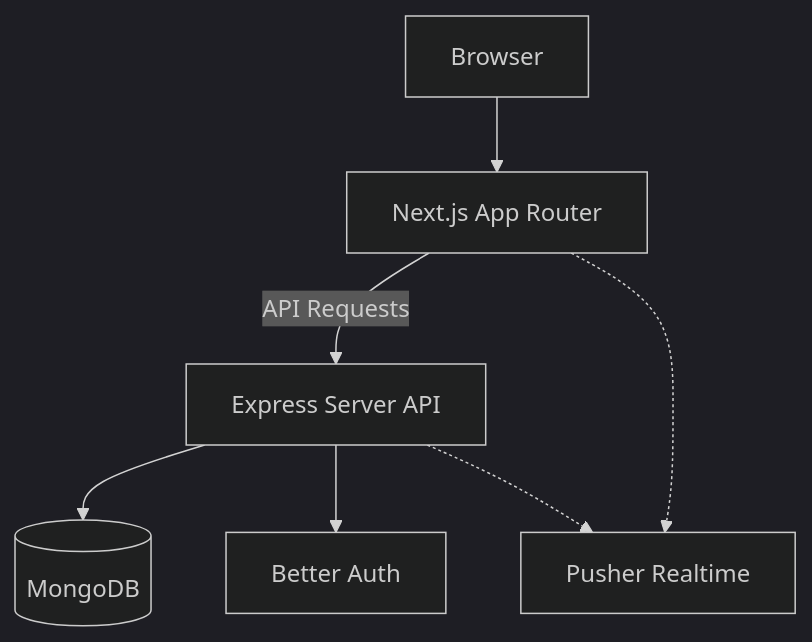
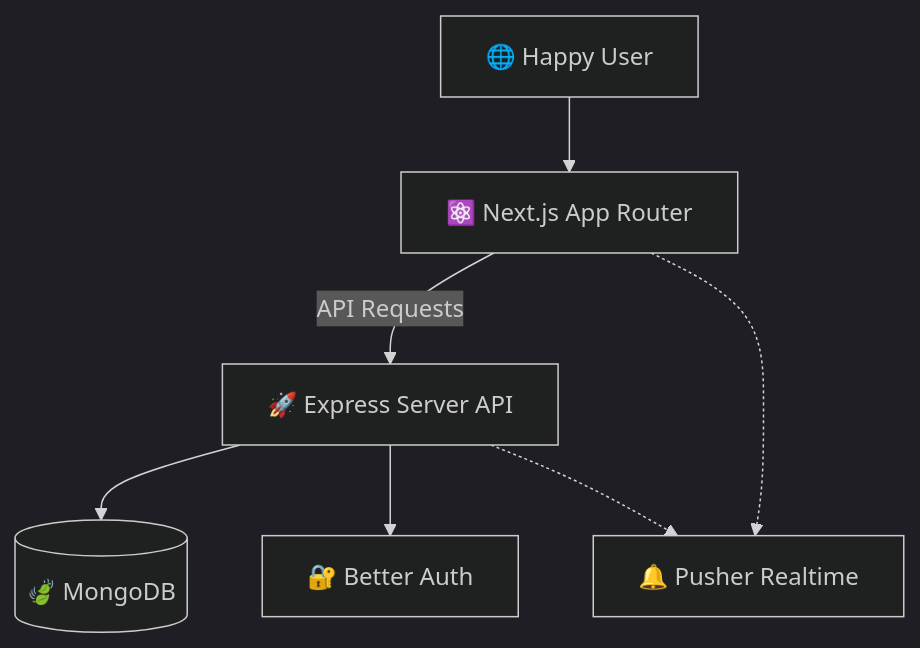
One commit to Md-Nur-A-Alam/ServiceHub-client changed the diagram in README.md. Above: the diagram before and after it, drawn with Mermaid (dark theme). The commit also changed other lines of this file, not shown here.

````diff
--- a/README.md
+++ b/README.md
@@ -93,9 +135,9 @@
 ```mermaid
 flowchart TD
-    Browser[Browser] --> Next[Next.js App Router]
-    Next -->|API Requests| Express[Express Server API]
-    Express --> MongoDB[(MongoDB)]
-    Express --> BetterAuth[Better Auth]
-    Express -.-> Pusher[Pusher Realtime]
+    Browser[🌐 Happy User] --> Next[⚛️ Next.js App Router]
+    Next -->|API Requests| Express[🚀 Express Server API]
+    Express --> MongoDB[(🍃 MongoDB)]
+    Express --> BetterAuth[🔐 Better Auth]
+    Express -.-> Pusher[🔔 Pusher Realtime]
     Next -.-> Pusher
 ```
````
